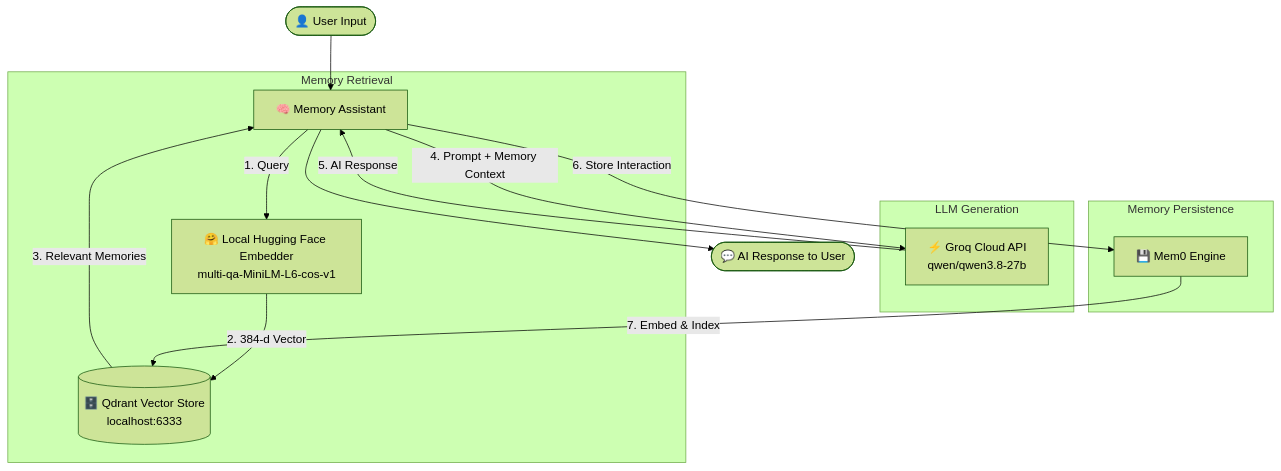
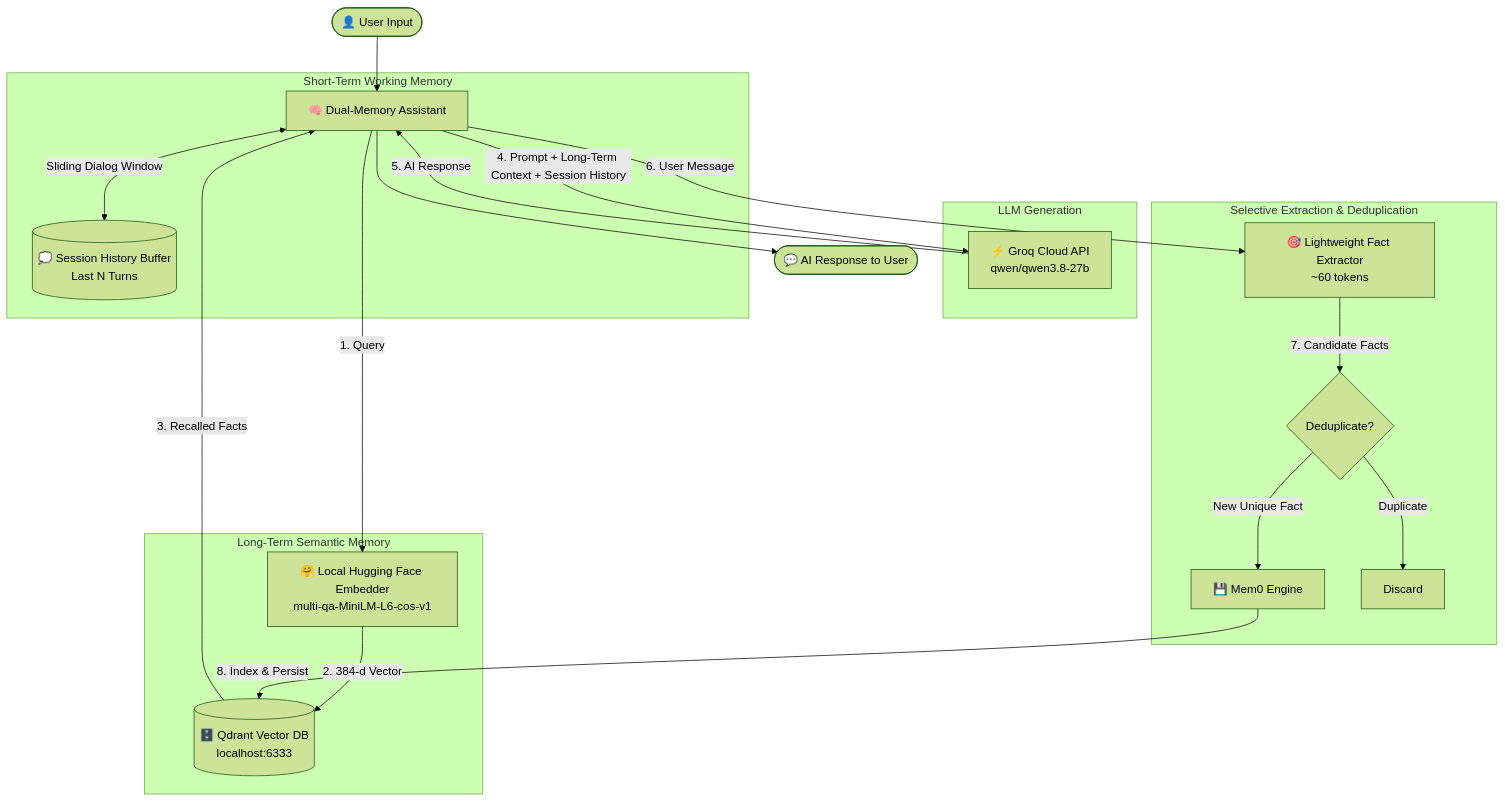
One commit to Rohit18457/mem0-ai-assistant changed the diagram in README.md. Above: the diagram before and after it, drawn with Mermaid (forest theme). The commit also changed other lines of this file and 3 other files, not shown here.

Commit message:
feat: implement dual-memory architecture, selective extraction, CRUD management, and evaluation suite

````diff
--- a/README.md
+++ b/README.md
@@ -34,22 +34,29 @@
 ```mermaid
 flowchart TD
-    User([👤 User Input]) --> Assistant[🧠 Memory Assistant]
+    User([👤 User Input]) --> Assistant[🧠 Dual-Memory Assistant]
     
-    subgraph Memory Retrieval
+    subgraph Short-Term Working Memory
+        Assistant <-->|Sliding Dialog Window| Buffer[(💭 Session History Buffer\nLast N Turns)]
+    end
+
+    subgraph Long-Term Semantic Memory
         Assistant -->|1. Query| HF[🤗 Local Hugging Face Embedder\nmulti-qa-MiniLM-L6-cos-v1]
-        HF -->|2. 384-d Vector| Qdrant[(🗄️ Qdrant Vector Store\nlocalhost:6333)]
-        Qdrant -->|3. Relevant Memories| Assistant
+        HF -->|2. 384-d Vector| Qdrant[(🗄️ Qdrant Vector DB\nlocalhost:6333)]
+        Qdrant -->|3. Recalled Facts| Assistant
     end
 
     subgraph LLM Generation
-        Assistant -->|4. Prompt + Memory Context| Groq[⚡ Groq Cloud API\nqwen/qwen3.8-27b]
+        Assistant -->|4. Prompt + Long-Term Context + Session History| Groq[⚡ Groq Cloud API\nqwen/qwen3.8-27b]
         Groq -->|5. AI Response| Assistant
     end
 
-    subgraph Memory Persistence
-        Assistant -->|6. Store Interaction| Mem0[💾 Mem0 Engine]
-        Mem0 -->|7. Embed & Index| Qdrant
+    subgraph Selective Extraction & Deduplication
+        Assistant -->|6. User Message| Extractor[🎯 Lightweight Fact Extractor\n~60 tokens]
+        Extractor -->|7. Candidate Facts| Dedup{Deduplicate?}
+        Dedup -->|New Unique Fact| Mem0[💾 Mem0 Engine]
+        Dedup -->|Duplicate| Skip[Discard]
+        Mem0 -->|8. Index & Persist| Qdrant
     end
 
     Assistant --> Output([💬 AI Response to User])
 ```
````
